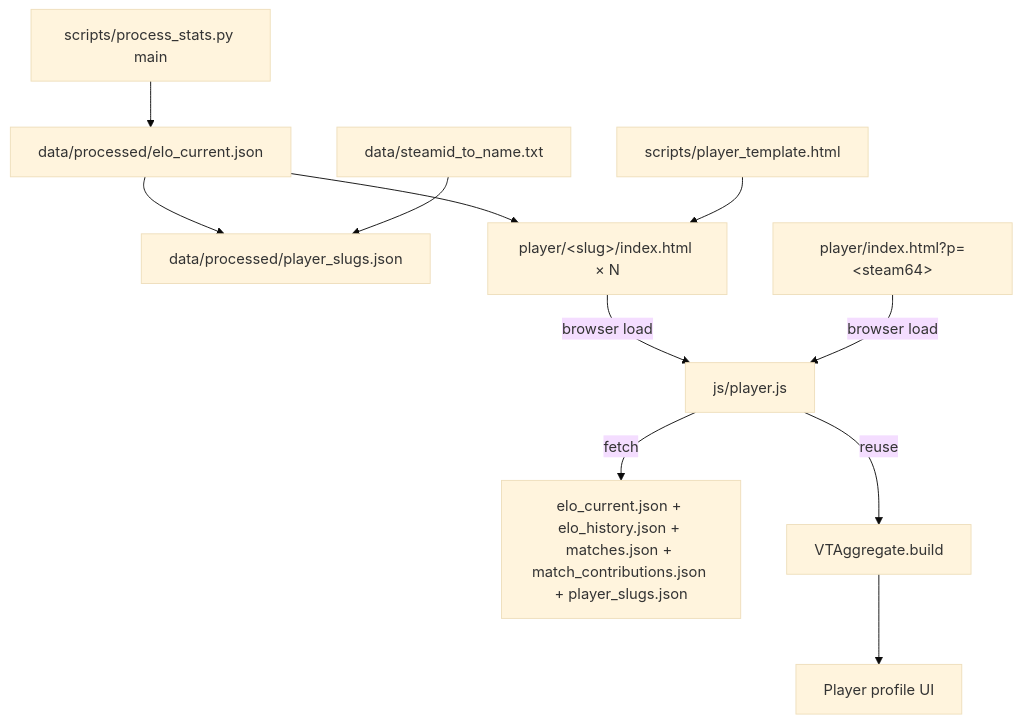
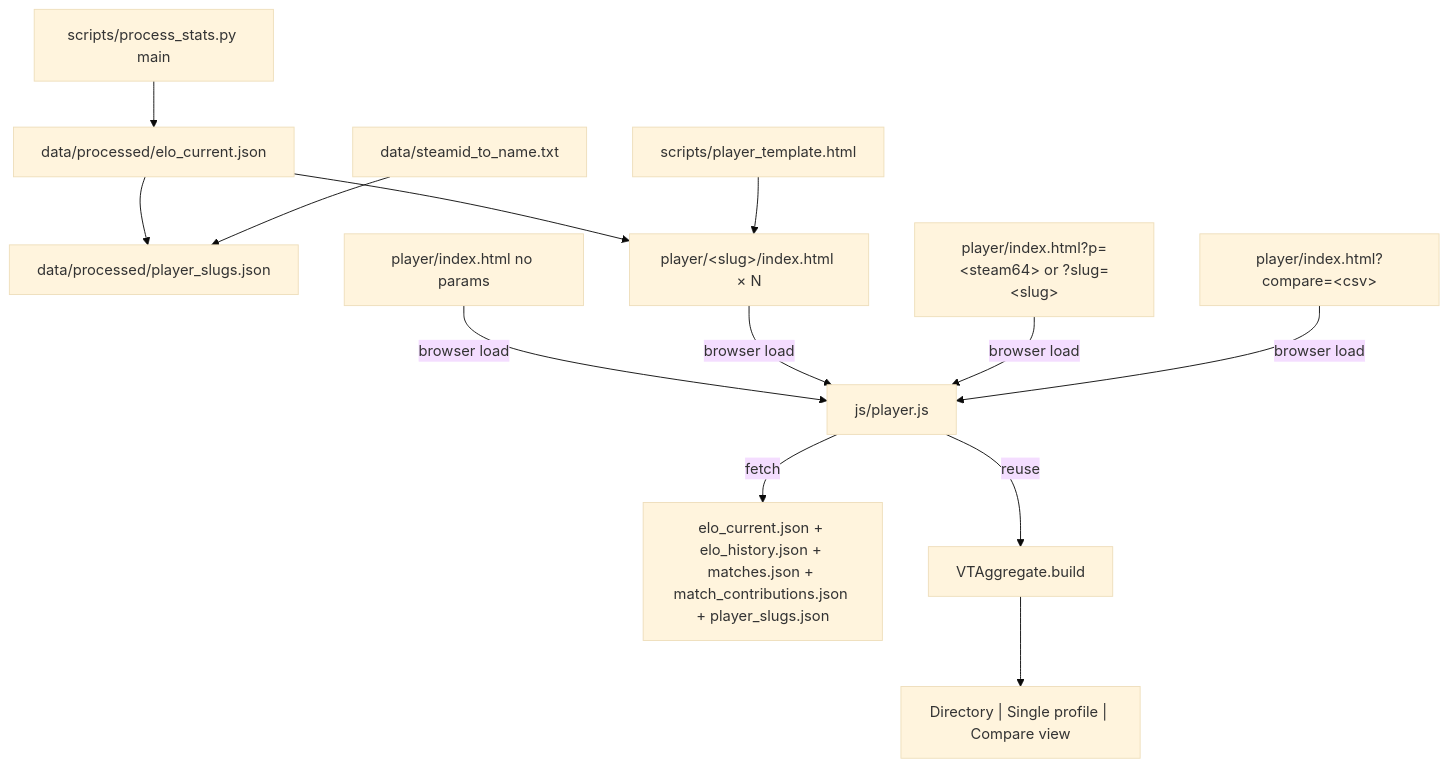
The diagram in .cursor/plans/player_profile_pages_7afd5524.plan.md (sevsunday/vt-stats), drawn with Mermaid (base theme) before and after one commit. The commit also changed other lines of this file and 11 other files, not shown here.

First line of the commit message:
Add player directory/compare + account reroutes

````diff
--- a/.cursor/plans/player_profile_pages_7afd5524.plan.md
+++ b/.cursor/plans/player_profile_pages_7afd5524.plan.md
@@ -43,14 +47,17 @@
 ```mermaid
 flowchart TD
   pipeline[scripts/process_stats.py main] --> eloCurr[data/processed/elo_current.json]
   eloCurr --> slugmap[data/processed/player_slugs.json]
   eloCurr --> stubs[player/&lt;slug&gt;/index.html × N]
   template[scripts/player_template.html] --> stubs
   knownPlayers[data/steamid_to_name.txt] --> slugmap
 
-  stubs -->|browser load| playerJs[js/player.js]
-  fallback[player/index.html?p=&lt;steam64&gt;] -->|browser load| playerJs
+  directory[player/index.html no params] -->|browser load| playerJs[js/player.js]
+  stubs -->|browser load| playerJs
+  single[player/index.html?p=&lt;steam64&gt; or ?slug=&lt;slug&gt;] -->|browser load| playerJs
+  compare[player/index.html?compare=&lt;csv&gt;] -->|browser load| playerJs
+
   playerJs -->|fetch| jsonFiles["elo_current.json + elo_history.json + matches.json + match_contributions.json + player_slugs.json"]
   playerJs -->|reuse| aggregator[VTAggregate.build]
-  aggregator --> rendered[Player profile UI]
+  aggregator --> rendered["Directory | Single profile | Compare view"]
 ```
````
